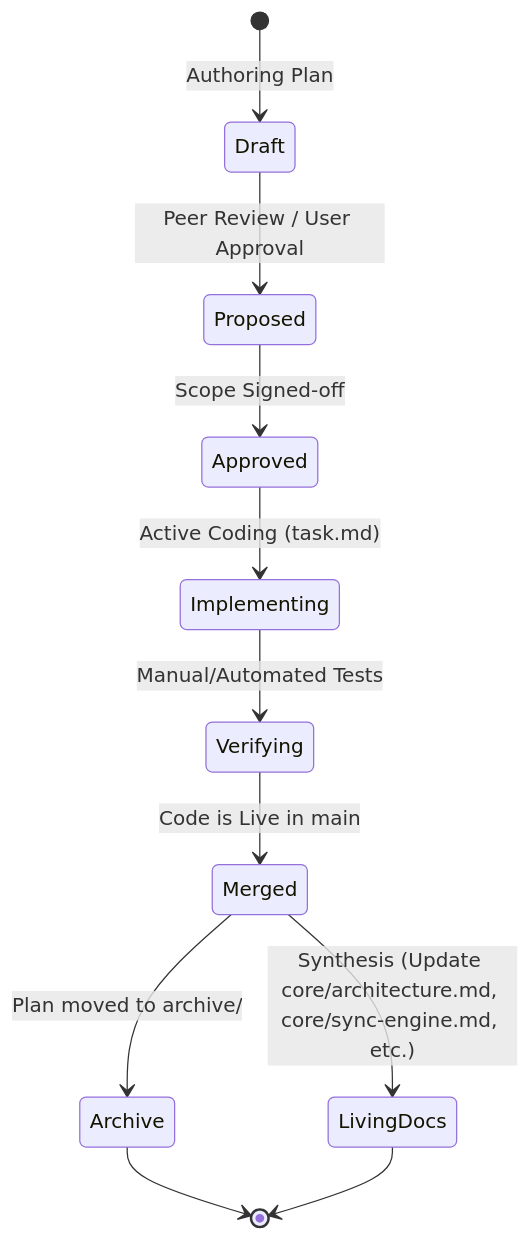
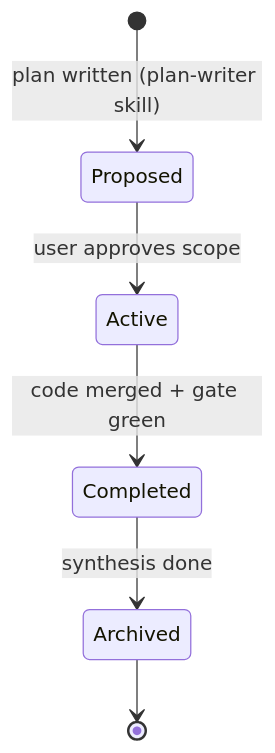
The diagram in docs-template/DOCUMENTATION-VERSIONING-GUIDE.md (ElderWook/OGDK), drawn with Mermaid before and after one commit. The commit also changed other lines of this file and 3 other files, not shown here.

Commit message:
docs: single coverage manifest, generic versioning guide, lessons/roadmap from kit review

````diff
--- a/docs-template/DOCUMENTATION-VERSIONING-GUIDE.md
+++ b/docs-template/DOCUMENTATION-VERSIONING-GUIDE.md
@@ -48,13 +55,8 @@
 ```mermaid
 stateDiagram-v2
-    [*] --> Draft : Authoring Plan
-    Draft --> Proposed : Peer Review / User Approval
-    Proposed --> Approved : Scope Signed-off
-    Approved --> Implementing : Active Coding (task.md)
-    Implementing --> Verifying : Manual/Automated Tests
-    Verifying --> Merged : Code is Live in main
-    Merged --> Archive : Plan moved to archive/
-    Merged --> LivingDocs : Synthesis (Update core/architecture.md, core/sync-engine.md, etc.)
-    Archive --> [*]
-    LivingDocs --> [*]
+    [*] --> Proposed : plan written (plan-writer skill)
+    Proposed --> Active : user approves scope
+    Active --> Completed : code merged + gate green
+    Completed --> Archived : synthesis done
+    Archived --> [*]
 ```
````
